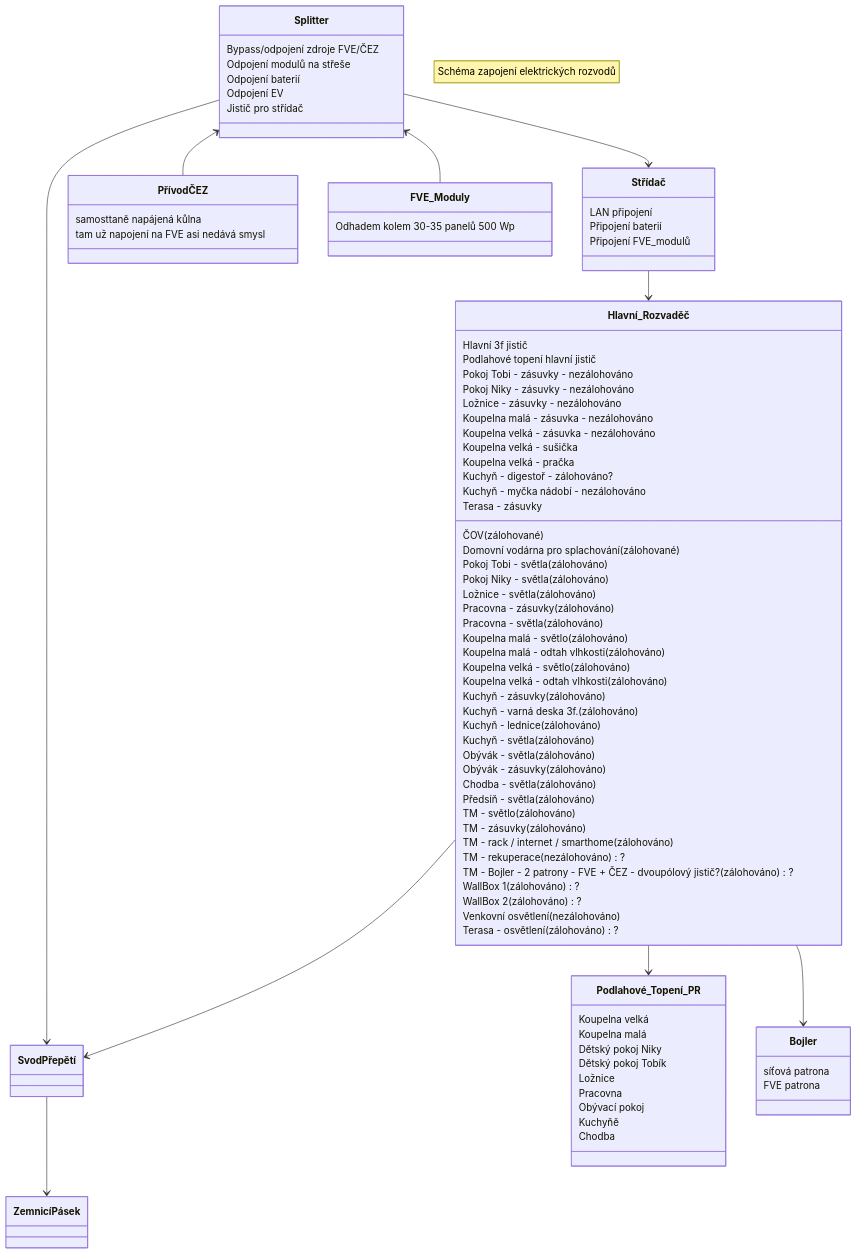
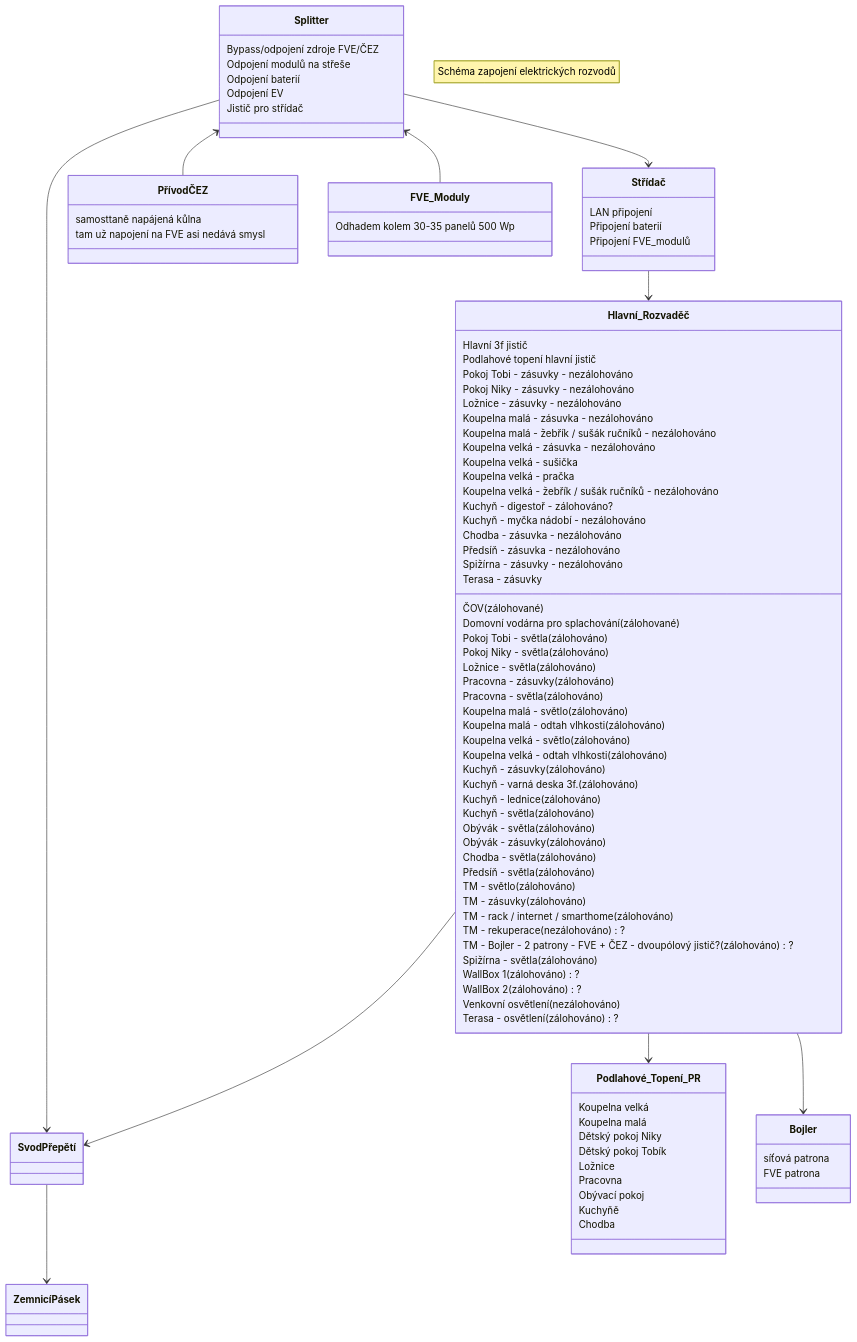
One commit to mtrakal/smrci changed the diagram in Elektrika.md. Above: the diagram before and after it, drawn with Mermaid. The commit also changed 3 other files, not shown here.

Commit message:
Žebříky, spíž, chodba zásuvky

```diff
--- a/Elektrika.md
+++ b/Elektrika.md
@@ -71,12 +71,14 @@
     Koupelna malá - zásuvka - nezálohováno
     Koupelna malá - světlo (zálohováno)
     Koupelna malá - odtah vlhkosti (zálohováno)
+    Koupelna malá - žebřík / sušák ručníků - nezálohováno
 
     Koupelna velká - zásuvka - nezálohováno
     Koupelna velká - světlo (zálohováno)
     Koupelna velká - odtah vlhkosti (zálohováno)
     Koupelna velká - sušička
     Koupelna velká - pračka
+    Koupelna velká - žebřík / sušák ručníků - nezálohováno
 
     Kuchyň - zásuvky (zálohováno)
     Kuchyň - varná deska 3f. (zálohováno)
@@ -89,14 +91,19 @@
     Obývák - zásuvky (zálohováno)
     
     Chodba - světla (zálohováno)
+    Chodba - zásuvka - nezálohováno
     
     Předsíň - světla (zálohováno)
+    Předsíň - zásuvka - nezálohováno
     
     TM - světlo (zálohováno)
     TM - zásuvky (zálohováno)
     TM - rack / internet / smarthome (zálohováno)
     TM - rekuperace (nezálohováno)?
     TM - Bojler - 2 patrony - FVE + ČEZ - dvoupólový jistič? (zálohováno)?
+    
+    Spižírna - světla (zálohováno)
+    Spižírna - zásuvky - nezálohováno
     
     WallBox 1 (zálohováno)?
     WallBox 2 (zálohováno)?
```
